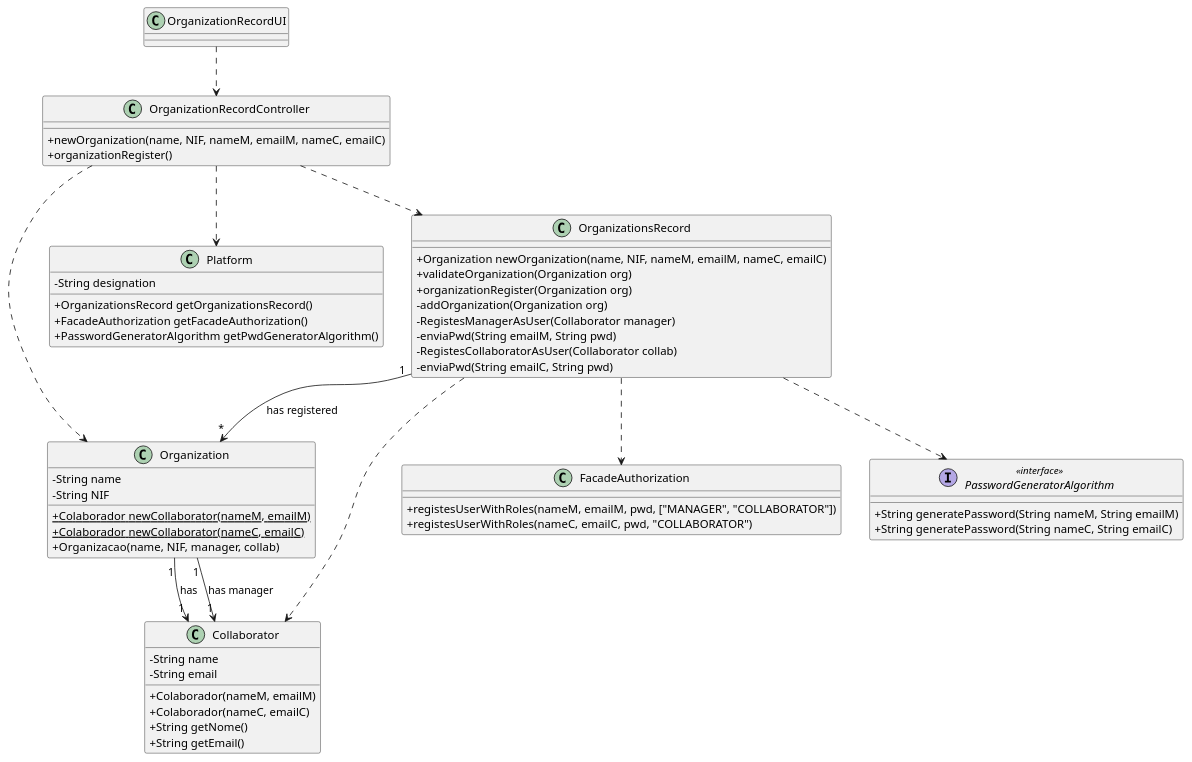
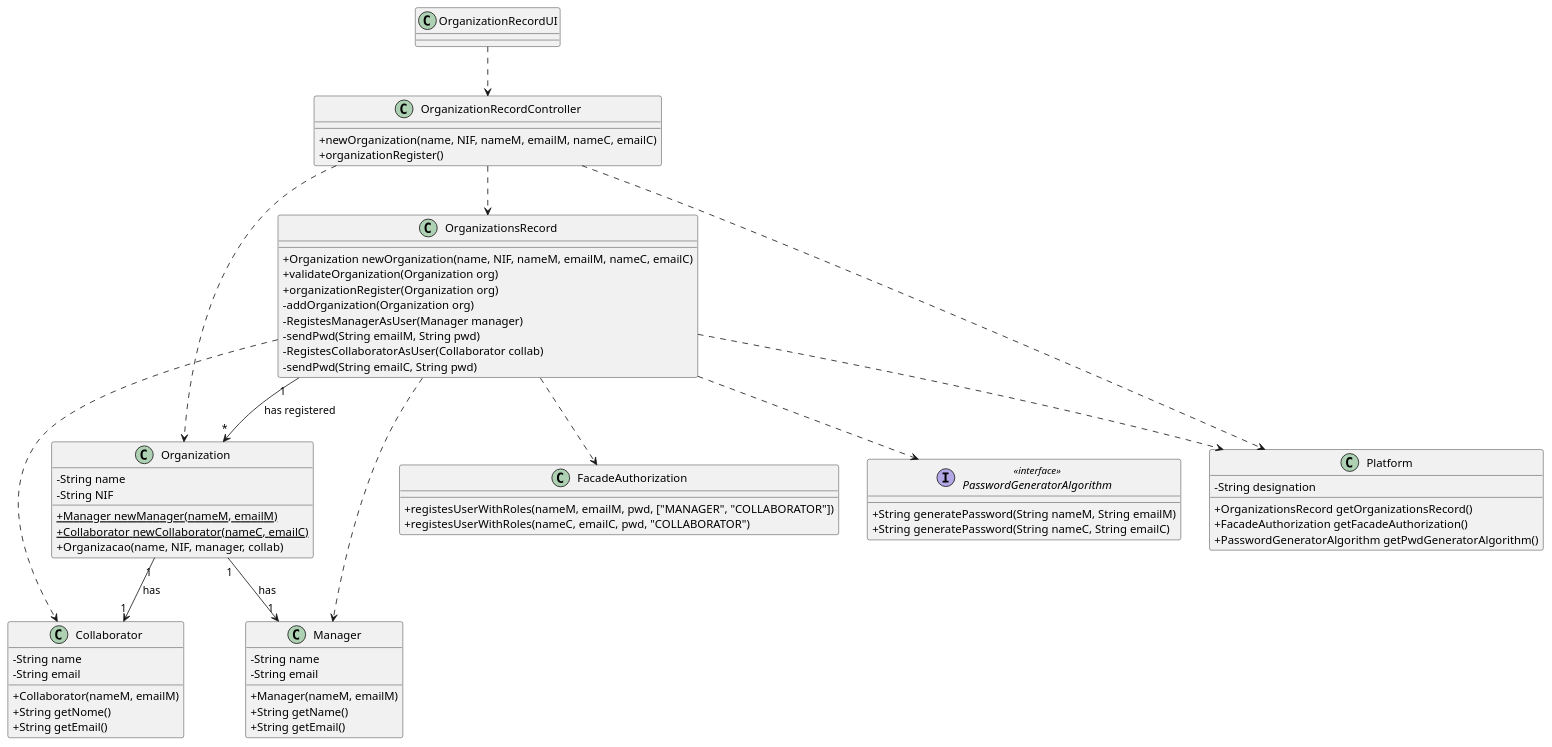
The diagram in docs/UC7 - Add New Organization/UC7_CD.puml (pedrolemos4/LAPR2), drawn with PlantUML before and after one commit. The commit also changed 11 other files, not shown here.

```diff
--- a/docs/UC7 - Add New Organization/UC7_CD.puml
+++ b/docs/UC7 - Add New Organization/UC7_CD.puml
@@ -1,69 +1,78 @@
 @startuml
 skinparam classAttributeIconSize 0
 
 class Collaborator {
   -String name
   -String email
-  +Colaborador(nameM, emailM)
-  +Colaborador(nameC, emailC)
+  +Collaborator(nameM, emailM)
   +String getNome()
+  +String getEmail()
+}
+
+class Manager {
+  -String name
+  -String email
+  +Manager(nameM, emailM)
+  +String getName()
   +String getEmail()
 }
 
 class Organization {
   -String name
   -String NIF
-  +{static} Colaborador newCollaborator(nameM, emailM)
-  +{static} Colaborador newCollaborator(nameC, emailC)
+  +{static} Manager newManager(nameM, emailM)
+  +{static} Collaborator newCollaborator(nameC, emailC)
   +Organizacao(name, NIF, manager, collab)
 }
 
 class Platform {
   -String designation
   +OrganizationsRecord getOrganizationsRecord()
   +FacadeAuthorization getFacadeAuthorization()
   +PasswordGeneratorAlgorithm getPwdGeneratorAlgorithm()
 }
 
 class OrganizationsRecord {
   +Organization newOrganization(name, NIF, nameM, emailM, nameC, emailC)
   +validateOrganization(Organization org)
   +organizationRegister(Organization org)
   -addOrganization(Organization org)
-  -RegistesManagerAsUser(Collaborator manager)
-  -enviaPwd(String emailM, String pwd)
+  -RegistesManagerAsUser(Manager manager)
+  -sendPwd(String emailM, String pwd)
   -RegistesCollaboratorAsUser(Collaborator collab)
-  -enviaPwd(String emailC, String pwd)
+  -sendPwd(String emailC, String pwd)
 }
 
 class FacadeAuthorization {
   +registesUserWithRoles(nameM, emailM, pwd, ["MANAGER", "COLLABORATOR"])
   +registesUserWithRoles(nameC, emailC, pwd, "COLLABORATOR")
 }
 
 interface PasswordGeneratorAlgorithm <<interface>>{
    +String generatePassword(String nameM, String emailM)
    +String generatePassword(String nameC, String emailC)
 }
 
 class OrganizationRecordController {
     +newOrganization(name, NIF, nameM, emailM, nameC, emailC)
     +organizationRegister()
 }
 
 class OrganizationRecordUI {
 }
 
 OrganizationRecordUI ..> OrganizationRecordController
 OrganizationRecordController ..> Platform
 OrganizationRecordController ..> OrganizationsRecord
 OrganizationRecordController ..> Organization
 
 OrganizationsRecord "1" --> "*" Organization : has registered
 OrganizationsRecord ..> Collaborator
+OrganizationsRecord ..> Manager
+OrganizationsRecord ..> Platform
 OrganizationsRecord ..> FacadeAuthorization
 OrganizationsRecord ..> PasswordGeneratorAlgorithm
 Organization "1" --> "1" Collaborator: has
-Organization "1" --> "1" Collaborator: has manager
+Organization "1" --> "1" Manager: has
 
 @enduml
```
